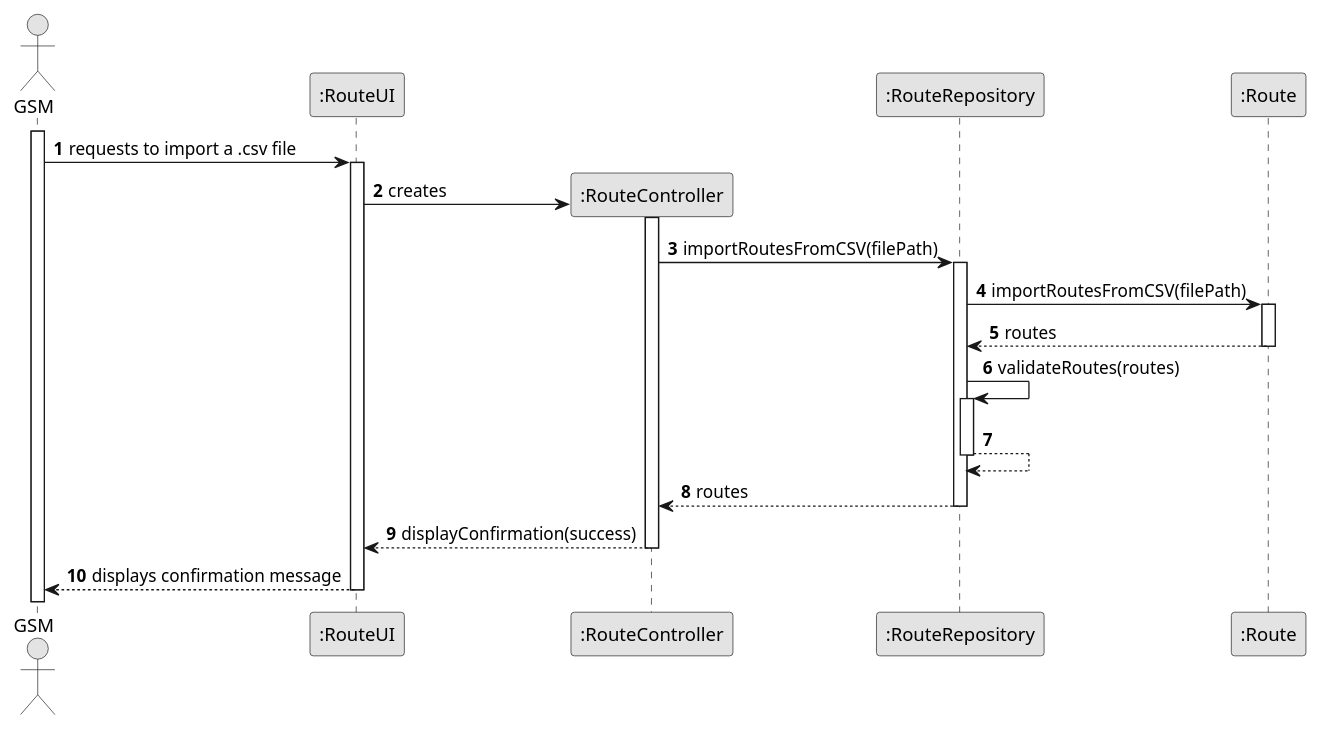
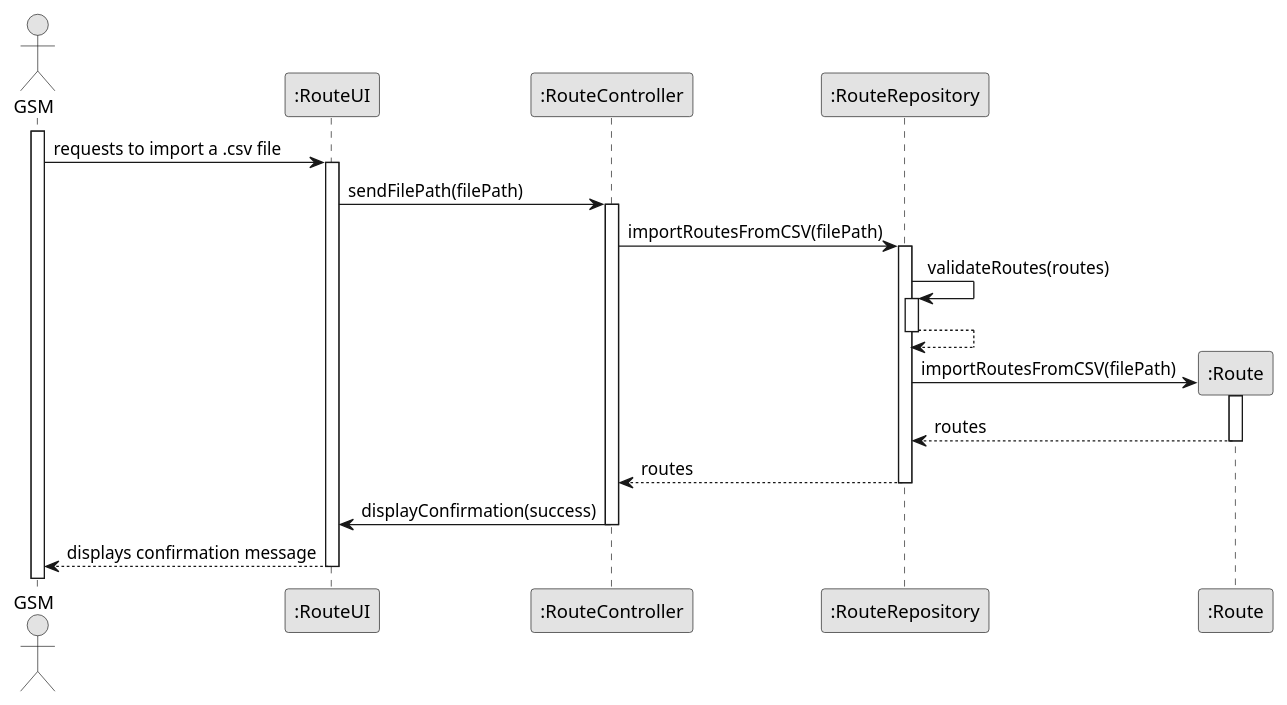
Before and after one commit to ricardomm7/leaflink: the diagram in docs/sprintB/us012/03.design/puml/us012-sequence-diagram-full.puml, drawn with PlantUML. The commit also changed other lines of this file and 8 other files, not shown here.

Commit message:
LFC2-90<Change the sequence diagram> LFC2-114<Start class diagram and small changes on sequence diagram>

```diff
--- a/docs/sprintB/us012/03.design/puml/us012-sequence-diagram-full.puml
+++ b/docs/sprintB/us012/03.design/puml/us012-sequence-diagram-full.puml
@@ -1,48 +1,44 @@
 @startuml
 skinparam monochrome true
 skinparam packageStyle rectangle
 skinparam shadowing false
 
-autonumber
-
-'hide footbox
 actor "GSM" as GSM
 participant ":RouteUI" as UI
 participant ":RouteController" as CTR
 participant ":RouteRepository" as Repository
 participant ":Route" as Importer
 
 activate GSM
 
 GSM -> UI : requests to import a .csv file
 activate UI
 
-UI -> CTR ** : creates
+UI -> CTR : sendFilePath(filePath)
 activate CTR
 
 CTR -> Repository : importRoutesFromCSV(filePath)
 activate Repository
 
-    Repository -> Importer: importRoutesFromCSV(filePath)
-    activate Importer
-
-    Importer --> Repository: routes
-    deactivate Importer
-
-
 Repository -> Repository: validateRoutes(routes)
 activate Repository
 
-    Repository --> Repository
-    deactivate Repository
+          Repository --> Repository
+          deactivate Repository
 
-Repository --> CTR : routes
+Repository -> Importer**: importRoutesFromCSV(filePath)
+activate Importer
+
+Importer --> Repository: routes
+deactivate Importer
+
+Repository --> CTR: routes
 deactivate Repository
 
-CTR --> UI : displayConfirmation(success)
+CTR -> UI : displayConfirmation(success)
 deactivate CTR
 
 UI --> GSM : displays confirmation message
 deactivate UI
 
 @enduml
```
